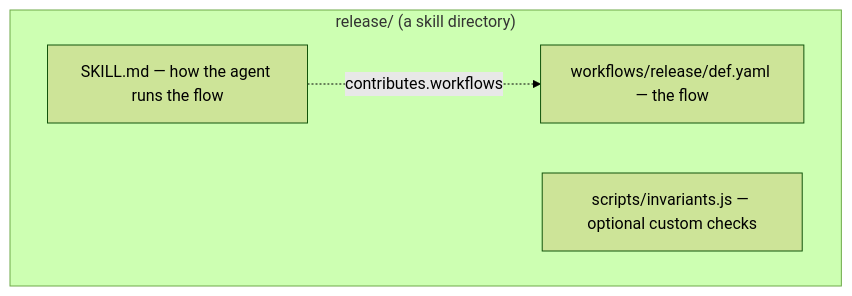
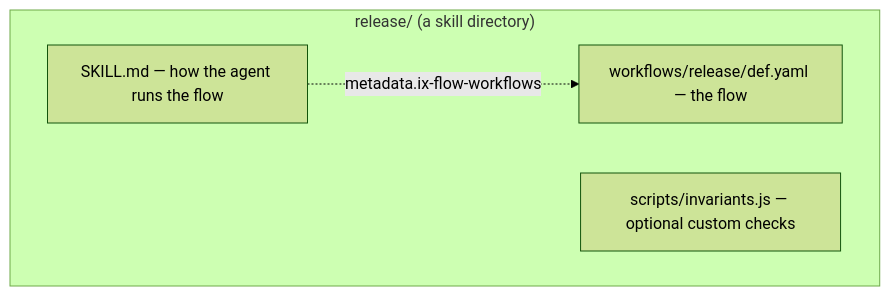
Before and after one commit to agent-ix/ix-flow: the second of 7 diagrams in docs/guide.md, drawn with Mermaid (forest theme). The commit also changed other lines of this file and 18 other files, not shown here.

````diff
--- a/docs/guide.md
+++ b/docs/guide.md
@@ -54,9 +54,9 @@
 ```mermaid
 flowchart TB
     subgraph dir["release/ (a skill directory)"]
         S["SKILL.md — how the agent runs the flow"]
         W["workflows/release/def.yaml — the flow"]
         I["scripts/invariants.js — optional custom checks"]
     end
-    S -.->|"contributes.workflows"| W
+    S -.->|"metadata.ix-flow-workflows"| W
 ```
````
